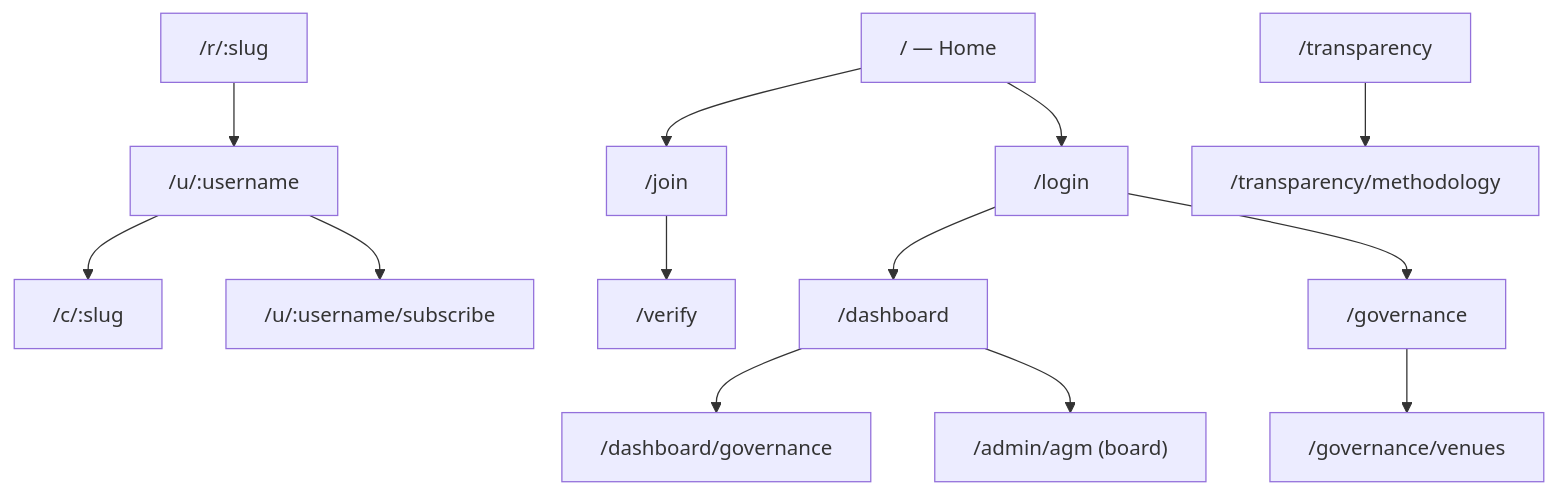
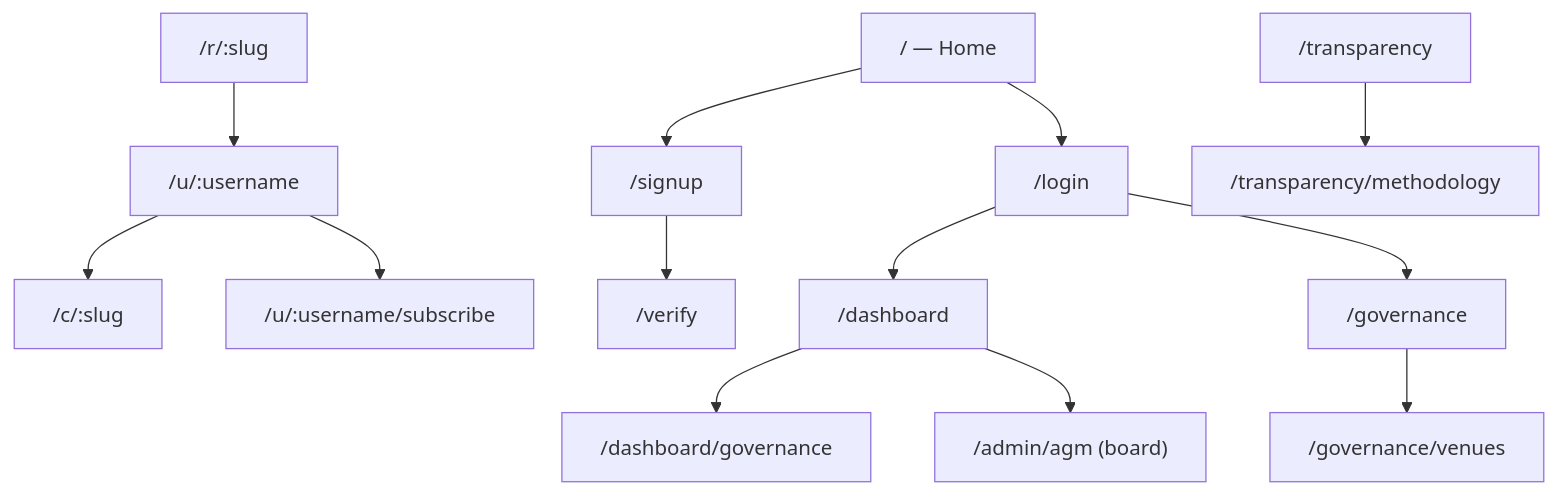
Before and after one commit to janiluuk/tahti-org: the diagram in docs/user-flows.md, drawn with Mermaid. The commit also changed other lines of this file and 24 other files, not shown here.

````diff
--- a/docs/user-flows.md
+++ b/docs/user-flows.md
@@ -25,31 +25,31 @@
 ```mermaid
 flowchart TB
   home["/ — Home"]
-  join["/join"]
+  signup["/signup"]
   login["/login"]
   verify["/verify"]
   trans["/transparency"]
   method["/transparency/methodology"]
   channel["/c/:slug"]
   profile["/u/:username"]
   subscribe["/u/:username/subscribe"]
   smart["/r/:slug"]
   dash["/dashboard"]
   gov["/governance"]
   dashGov["/dashboard/governance"]
   govVenues["/governance/venues"]
   agm["/admin/agm (board)"]
 
-  home --> join
+  home --> signup
   home --> login
-  join --> verify
+  signup --> verify
   login --> dash
   login --> gov
   dash --> dashGov
   dash --> agm
   profile --> channel
   profile --> subscribe
   smart --> profile
   trans --> method
   gov --> govVenues
 ```
````
